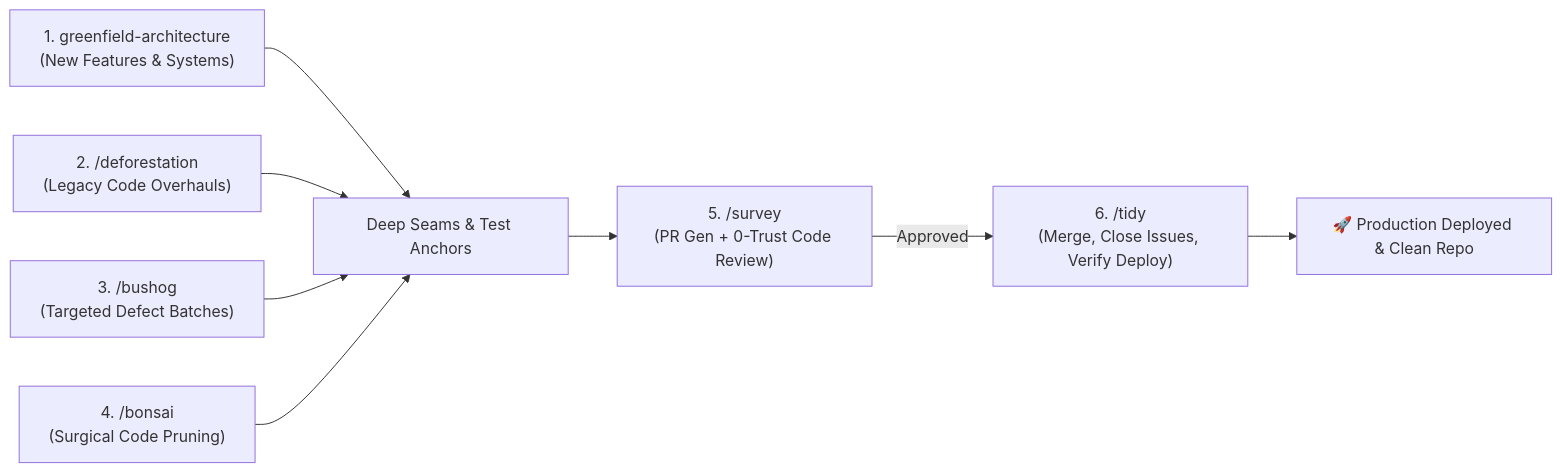
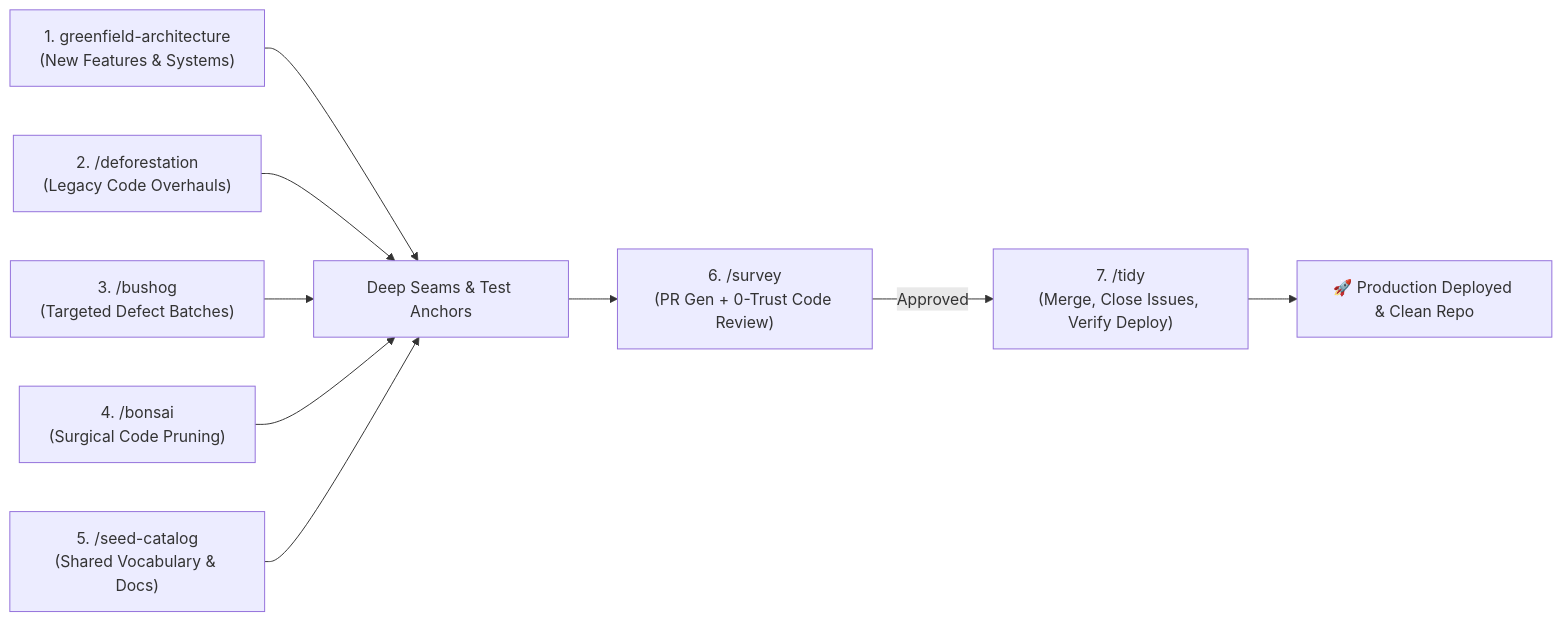
One commit to mcmxciillan/code-gardening changed the diagram in docs/WORKFLOWS.md. Above: the diagram before and after it, drawn with Mermaid. The commit also changed other lines of this file and 15 other files, not shown here.

Commit message:
feat(seed-catalog): add /seed-catalog skill and 7-skill loose-coupling hooks

````diff
--- a/docs/WORKFLOWS.md
+++ b/docs/WORKFLOWS.md
@@ -5,10 +5,11 @@
 ```mermaid
 graph LR
     A["1. greenfield-architecture<br>(New Features & Systems)"] --> G["Deep Seams & Test Anchors"]
     B["2. /deforestation<br>(Legacy Code Overhauls)"] --> G
     C["3. /bushog<br>(Targeted Defect Batches)"] --> G
     H["4. /bonsai<br>(Surgical Code Pruning)"] --> G
-    G --> D["5. /survey<br>(PR Gen + 0-Trust Code Review)"]
-    D -->|Approved| E["6. /tidy<br>(Merge, Close Issues, Verify Deploy)"]
+    S["5. /seed-catalog<br>(Shared Vocabulary & Docs)"] --> G
+    G --> D["6. /survey<br>(PR Gen + 0-Trust Code Review)"]
+    D -->|Approved| E["7. /tidy<br>(Merge, Close Issues, Verify Deploy)"]
     E --> F["🚀 Production Deployed & Clean Repo"]
 ```
````
